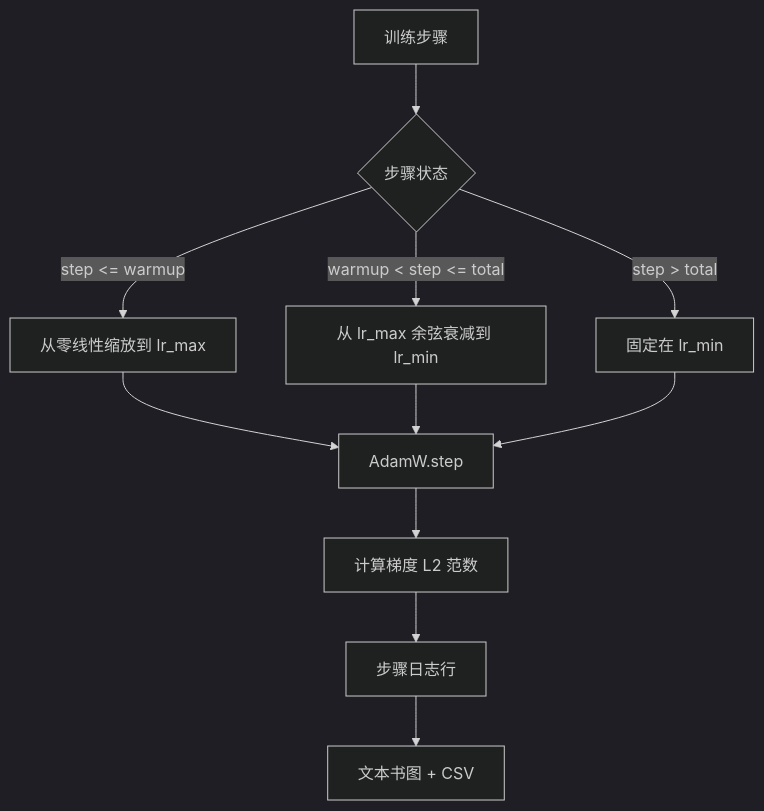
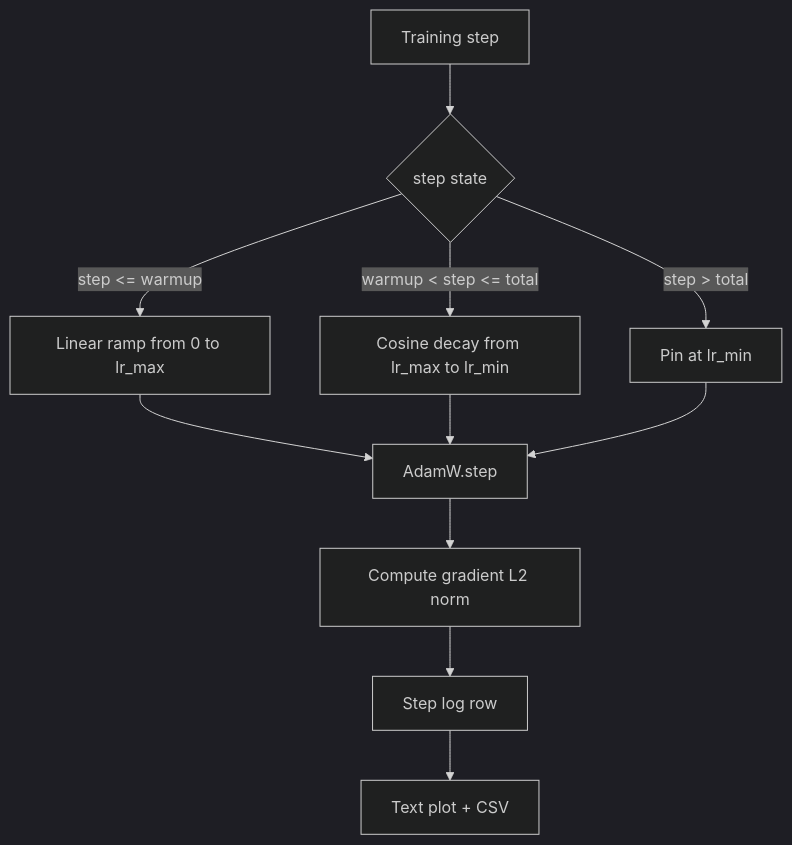
One commit to xiaojiaenen/ai-engineering-from-scratch-zh changed the diagram in i18n/zh/phases/19-capstone-projects/44-cosine-lr-warmup/docs/zh.md. Above: the diagram before and after it, drawn with Mermaid (dark theme). The commit also changed other lines of this file and 85 other files, not shown here.

````diff
--- a/i18n/zh/phases/19-capstone-projects/44-cosine-lr-warmup/docs/zh.md
+++ b/i18n/zh/phases/19-capstone-projects/44-cosine-lr-warmup/docs/zh.md
@@ -27,13 +27,13 @@
 ```mermaid
 flowchart TD
-  Step[训练步骤] --> Branch{步骤状态}
-  Branch -- step <= warmup --> Linear[从零线性缩放到 lr_max]
-  Branch -- warmup < step <= total --> Cosine[从 lr_max 余弦衰减到 lr_min]
-  Branch -- step > total --> Floor[固定在 lr_min]
+  Step[Training step] --> Branch{step state}
+  Branch -- step <= warmup --> Linear[Linear ramp from 0 to lr_max]
+  Branch -- warmup < step <= total --> Cosine[Cosine decay from lr_max to lr_min]
+  Branch -- step > total --> Floor[Pin at lr_min]
   Linear --> Apply[AdamW.step]
   Cosine --> Apply
   Floor --> Apply
-  Apply --> GradNorm[计算梯度 L2 范数]
-  GradNorm --> Log[步骤日志行]
-  Log --> Plot[文本书图 + CSV]
+  Apply --> GradNorm[Compute gradient L2 norm]
+  GradNorm --> Log[Step log row]
+  Log --> Plot[Text plot + CSV]
 ```
````
